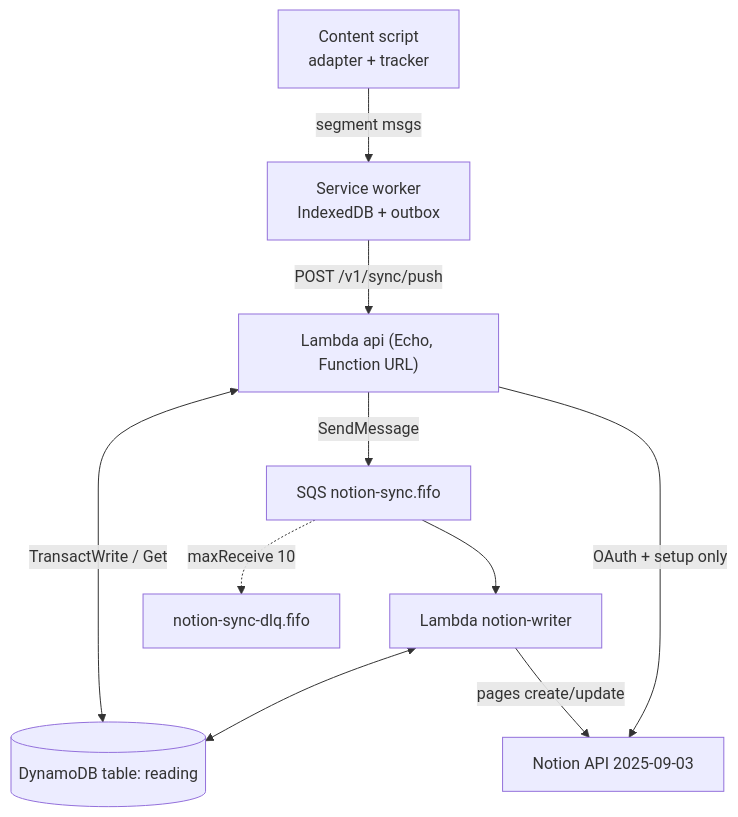
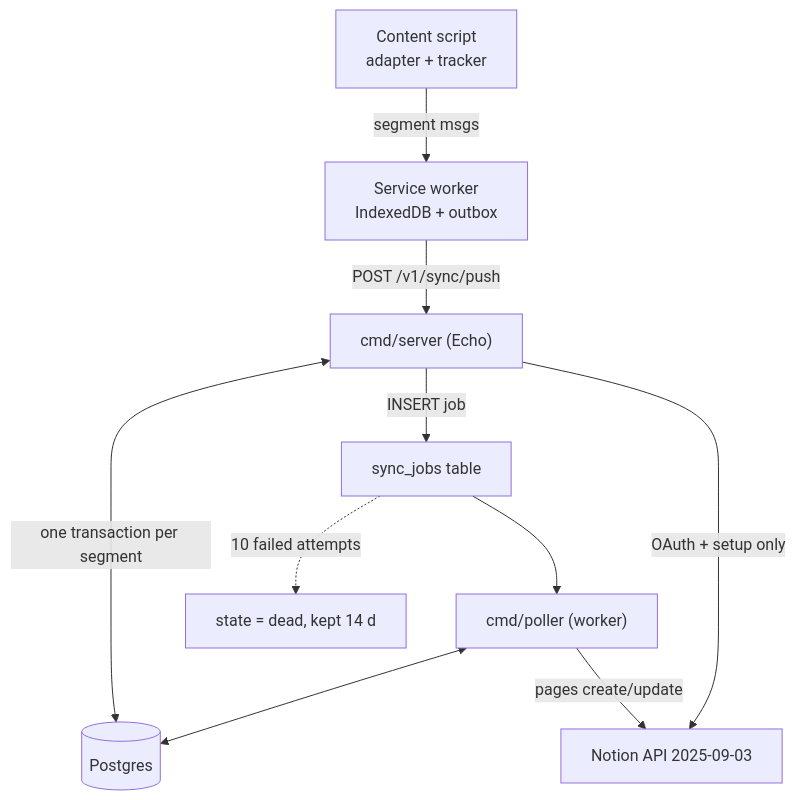
The diagram in docs/reading-tracker-agent-spec.md (tuncloud/reading-chrome-extension), drawn with Mermaid before and after one commit. The commit also changed other lines of this file and 7 other files, not shown here.

````diff
--- a/docs/reading-tracker-agent-spec.md
+++ b/docs/reading-tracker-agent-spec.md
@@ -11,12 +11,12 @@
 ```mermaid
 graph TB
     CS["Content script<br/>adapter + tracker"] -->|"segment msgs"| SW["Service worker<br/>IndexedDB + outbox"]
-    SW -->|"POST /v1/sync/push"| API["Lambda api (Echo, Function URL)"]
-    API <-->|"TransactWrite / Get"| DDB[("DynamoDB table: reading")]
-    API -->|"SendMessage"| Q["SQS notion-sync.fifo"]
-    Q --> W["Lambda notion-writer"]
-    W <--> DDB
+    SW -->|"POST /v1/sync/push"| API["cmd/server (Echo)"]
+    API <-->|"one transaction per segment"| PG[("Postgres")]
+    API -->|"INSERT job"| Q["sync_jobs table"]
+    Q --> W["cmd/poller (worker)"]
+    W <--> PG
     W -->|"pages create/update"| N["Notion API 2025-09-03"]
     API -->|"OAuth + setup only"| N
-    Q -.->|"maxReceive 10"| DLQ["notion-sync-dlq.fifo"]
+    Q -.->|"10 failed attempts"| DLQ["state = dead, kept 14 d"]
 ```
````
